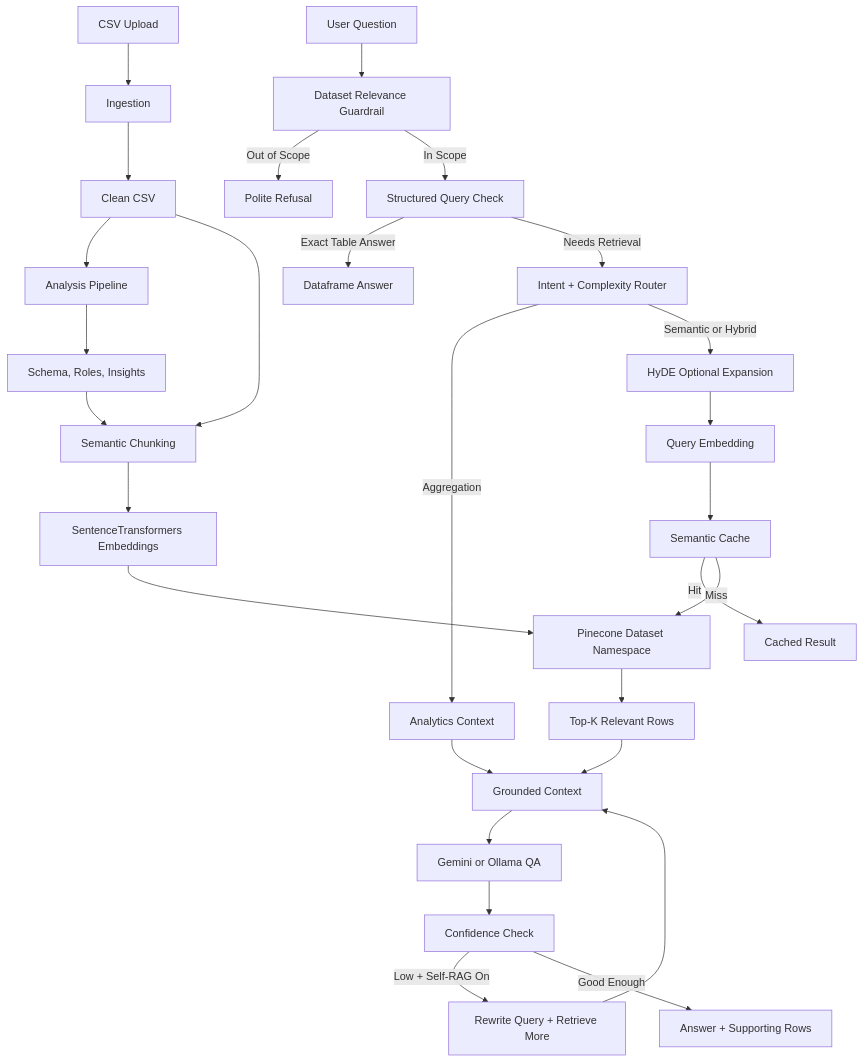
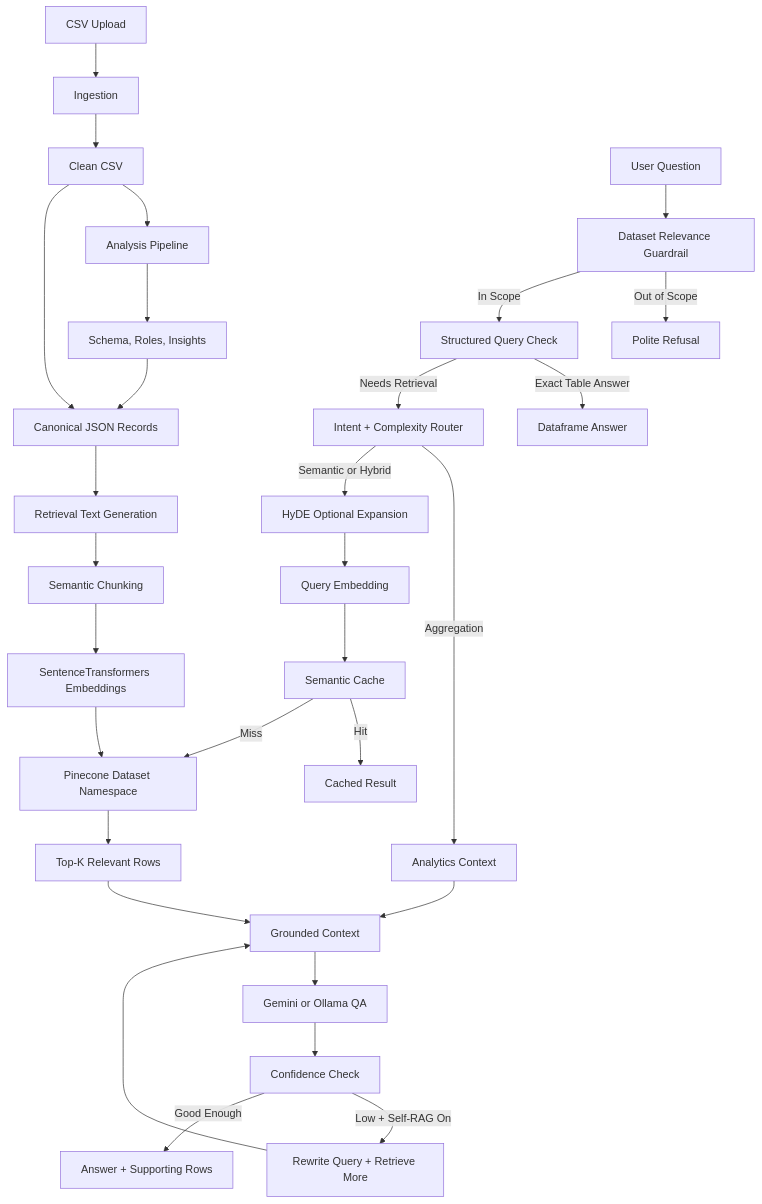
The diagram in docs/rag_architecture.mmd (kaurharkirat24/TextLens_AI), drawn with Mermaid before and after one commit. The commit also changed 2 other files, not shown here.

```diff
--- a/docs/rag_architecture.mmd
+++ b/docs/rag_architecture.mmd
@@ -1,31 +1,33 @@
 flowchart TD
     A[CSV Upload] --> B[Ingestion]
     B --> C[Clean CSV]
     C --> D[Analysis Pipeline]
     D --> E[Schema, Roles, Insights]
-    C --> F[Semantic Chunking]
+    C --> F[Canonical JSON Records]
     E --> F
-    F --> G[SentenceTransformers Embeddings]
-    G --> H[Pinecone Dataset Namespace]
+    F --> G[Retrieval Text Generation]
+    G --> H[Semantic Chunking]
+    H --> I[SentenceTransformers Embeddings]
+    I --> J[Pinecone Dataset Namespace]
 
-    I[User Question] --> J[Dataset Relevance Guardrail]
-    J -->|Out of Scope| K[Polite Refusal]
-    J -->|In Scope| L[Structured Query Check]
-    L -->|Exact Table Answer| M[Dataframe Answer]
-    L -->|Needs Retrieval| N[Intent + Complexity Router]
+    K[User Question] --> L[Dataset Relevance Guardrail]
+    L -->|Out of Scope| M[Polite Refusal]
+    L -->|In Scope| N[Structured Query Check]
+    N -->|Exact Table Answer| O[Dataframe Answer]
+    N -->|Needs Retrieval| P[Intent + Complexity Router]
 
-    N -->|Aggregation| O[Analytics Context]
-    N -->|Semantic or Hybrid| P[HyDE Optional Expansion]
-    P --> Q[Query Embedding]
-    Q --> R[Semantic Cache]
-    R -->|Hit| S[Cached Result]
-    R -->|Miss| H
-    H --> T[Top-K Relevant Rows]
+    P -->|Aggregation| Q[Analytics Context]
+    P -->|Semantic or Hybrid| R[HyDE Optional Expansion]
+    R --> S[Query Embedding]
+    S --> T[Semantic Cache]
+    T -->|Hit| U[Cached Result]
+    T -->|Miss| J
+    J --> V[Top-K Relevant Rows]
 
-    O --> U[Grounded Context]
-    T --> U
-    U --> V[Gemini or Ollama QA]
-    V --> W[Confidence Check]
-    W -->|Low + Self-RAG On| X[Rewrite Query + Retrieve More]
-    X --> U
-    W -->|Good Enough| Y[Answer + Supporting Rows]
+    Q --> W[Grounded Context]
+    V --> W
+    W --> X[Gemini or Ollama QA]
+    X --> Y[Confidence Check]
+    Y -->|Low + Self-RAG On| Z[Rewrite Query + Retrieve More]
+    Z --> W
+    Y -->|Good Enough| AA[Answer + Supporting Rows]
```
